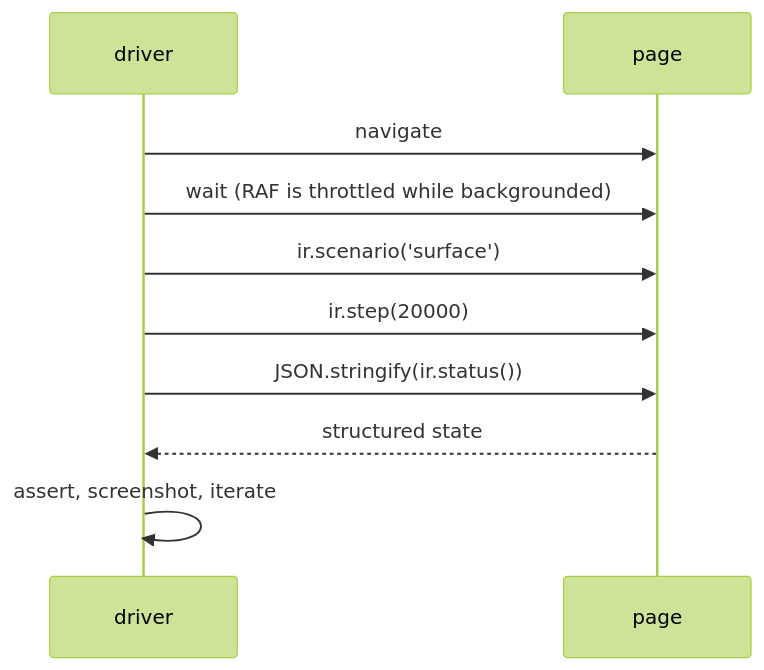
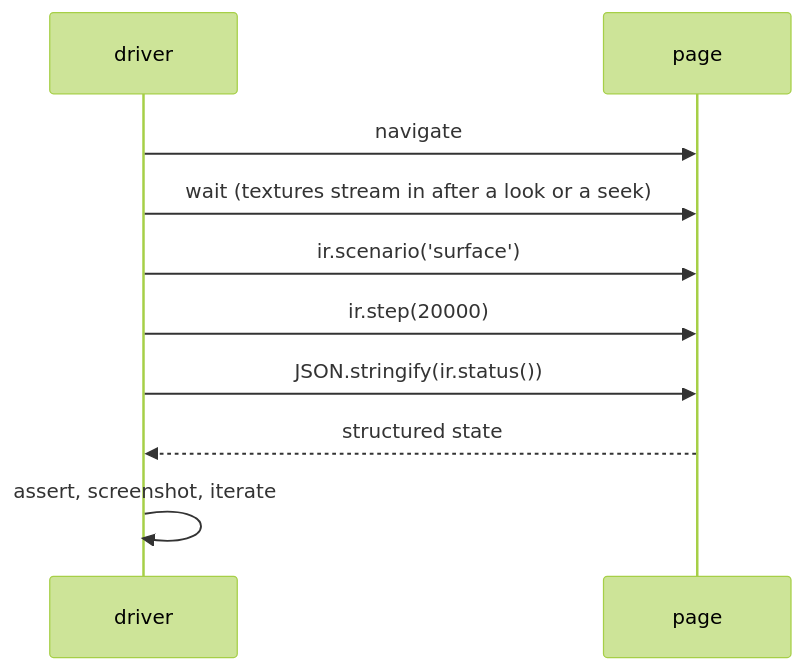
The third of 3 diagrams in docs/guides/harness.md (jonjaques/inertialref), drawn with Mermaid (forest theme) before and after one commit. The commit also changed other lines of this file and 19 other files, not shown here.

````diff
--- a/docs/guides/harness.md
+++ b/docs/guides/harness.md
@@ -307,13 +312,13 @@
 ```mermaid
 sequenceDiagram
     participant A as driver
     participant P as page
 
     A->>P: navigate
-    A->>P: wait (RAF is throttled while backgrounded)
+    A->>P: wait (textures stream in after a look or a seek)
     A->>P: ir.scenario('surface')
     A->>P: ir.step(20000)
     A->>P: JSON.stringify(ir.status())
     P-->>A: structured state
     A->>A: assert, screenshot, iterate
 ```
````
